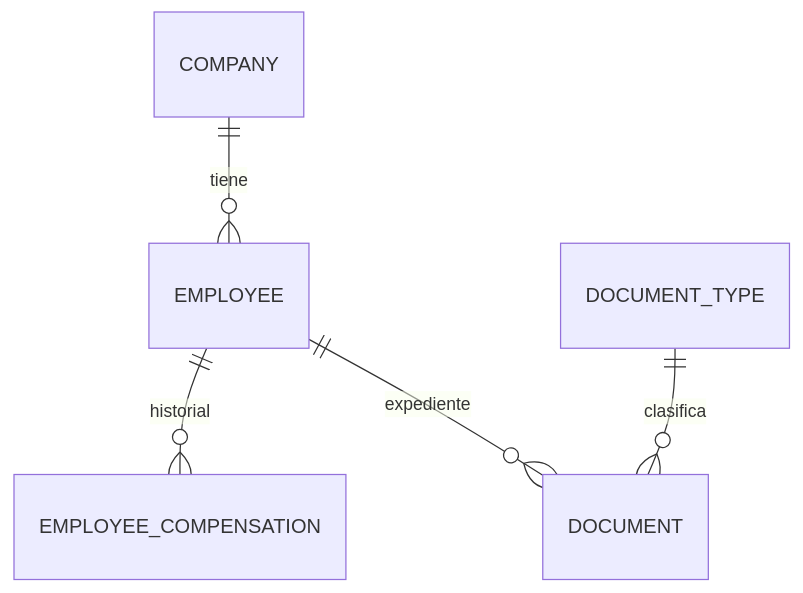
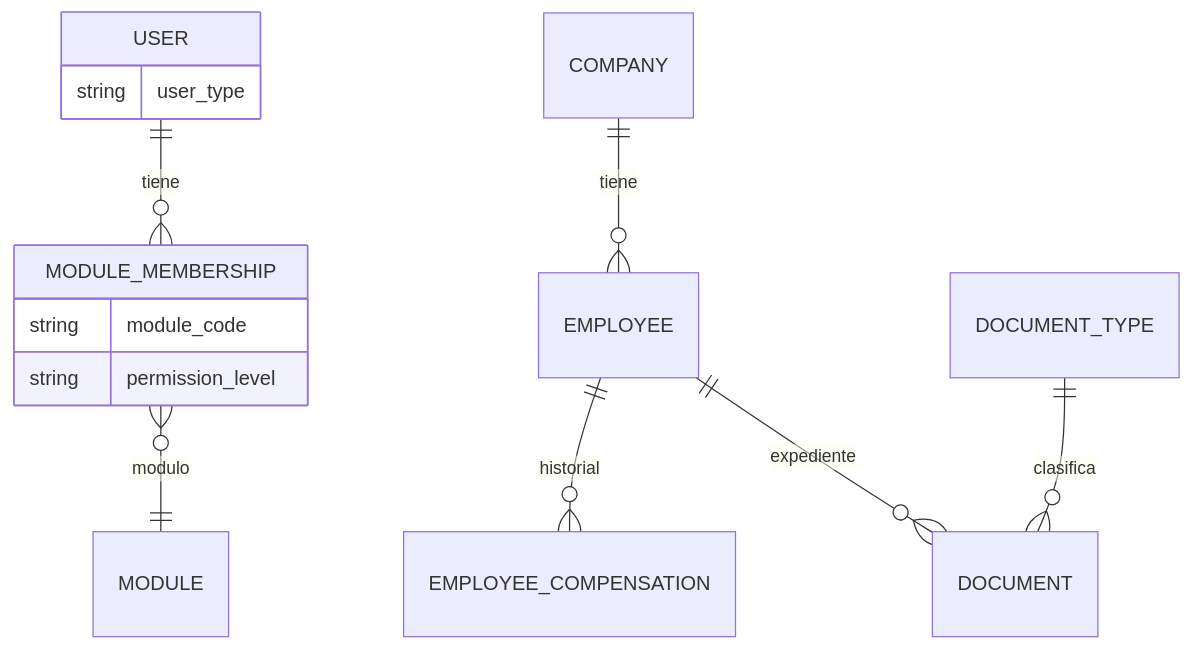
Before and after one commit to ejonathanv/dbpi-2027: the diagram in docs/ESPECIFICACIONES.md, drawn with Mermaid. The commit also changed other lines of this file, not shown here.

````diff
--- a/docs/ESPECIFICACIONES.md
+++ b/docs/ESPECIFICACIONES.md
@@ -178,7 +256,16 @@
 ```mermaid
 erDiagram
+    USER ||--o{ MODULE_MEMBERSHIP : tiene
+    MODULE_MEMBERSHIP }o--|| MODULE : modulo
+    USER {
+        string user_type
+    }
+    MODULE_MEMBERSHIP {
+        string module_code
+        string permission_level
+    }
     COMPANY ||--o{ EMPLOYEE : tiene
     EMPLOYEE ||--o{ EMPLOYEE_COMPENSATION : historial
     EMPLOYEE ||--o{ DOCUMENT : expediente
     DOCUMENT_TYPE ||--o{ DOCUMENT : clasifica
 ```
````
